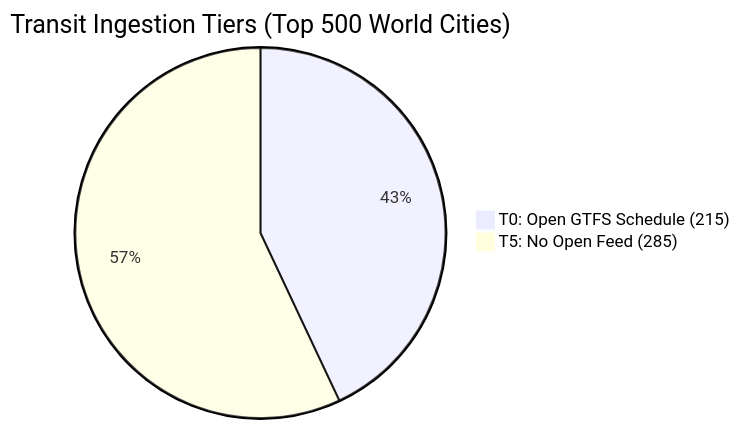
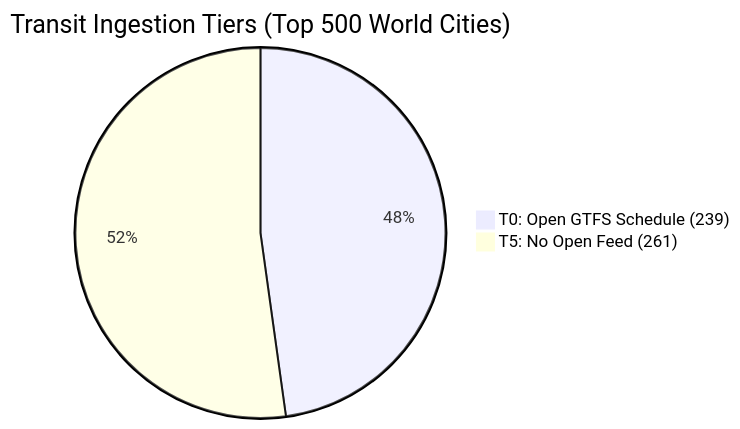
One commit to Leandro-Juan/paladio changed the diagram in docs/reports/top_500_transit_ingestion_report.md. Above: the diagram before and after it, drawn with Mermaid. The commit also changed other lines of this file and 5 other files, not shown here.

````diff
--- a/docs/reports/top_500_transit_ingestion_report.md
+++ b/docs/reports/top_500_transit_ingestion_report.md
@@ -55,5 +55,5 @@
 ```mermaid
 pie title Transit Ingestion Tiers (Top 500 World Cities)
-    "T0: Open GTFS Schedule (215)" : 215
-    "T5: No Open Feed (285)" : 285
+    "T0: Open GTFS Schedule (239)" : 239
+    "T5: No Open Feed (261)" : 261
 ```
````
